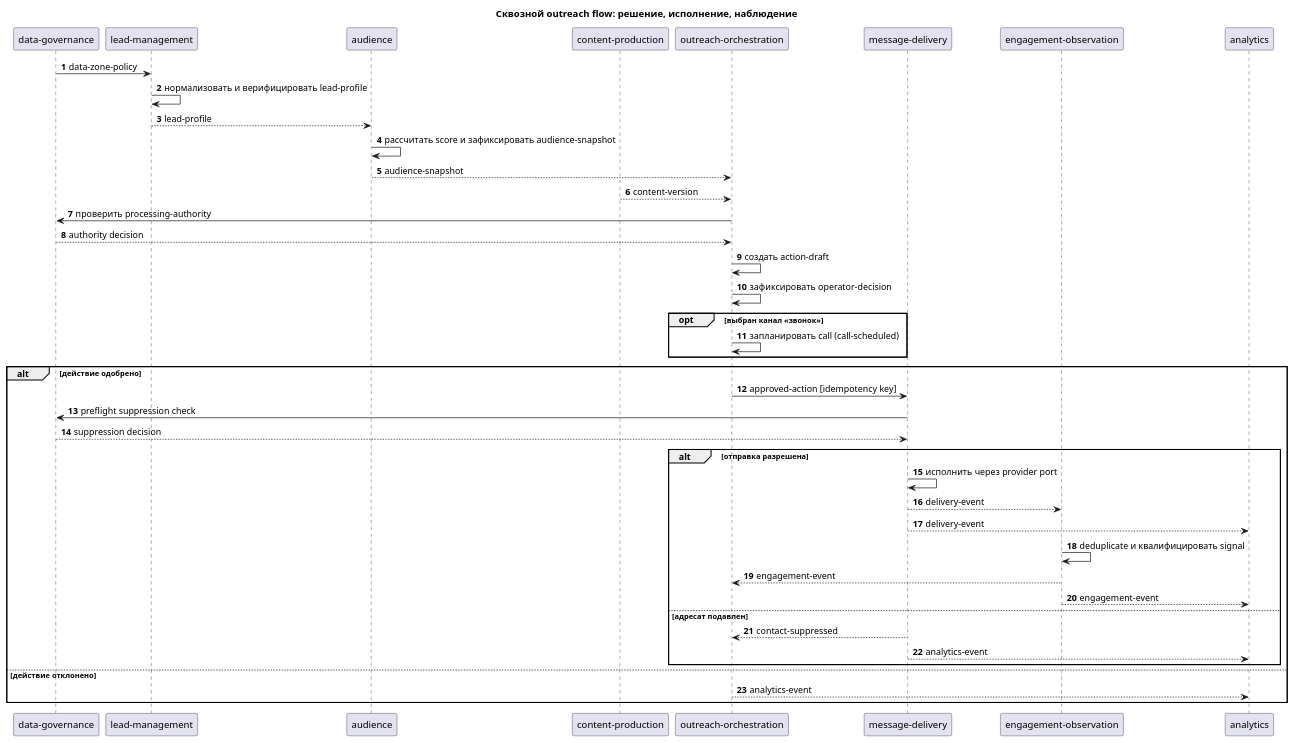
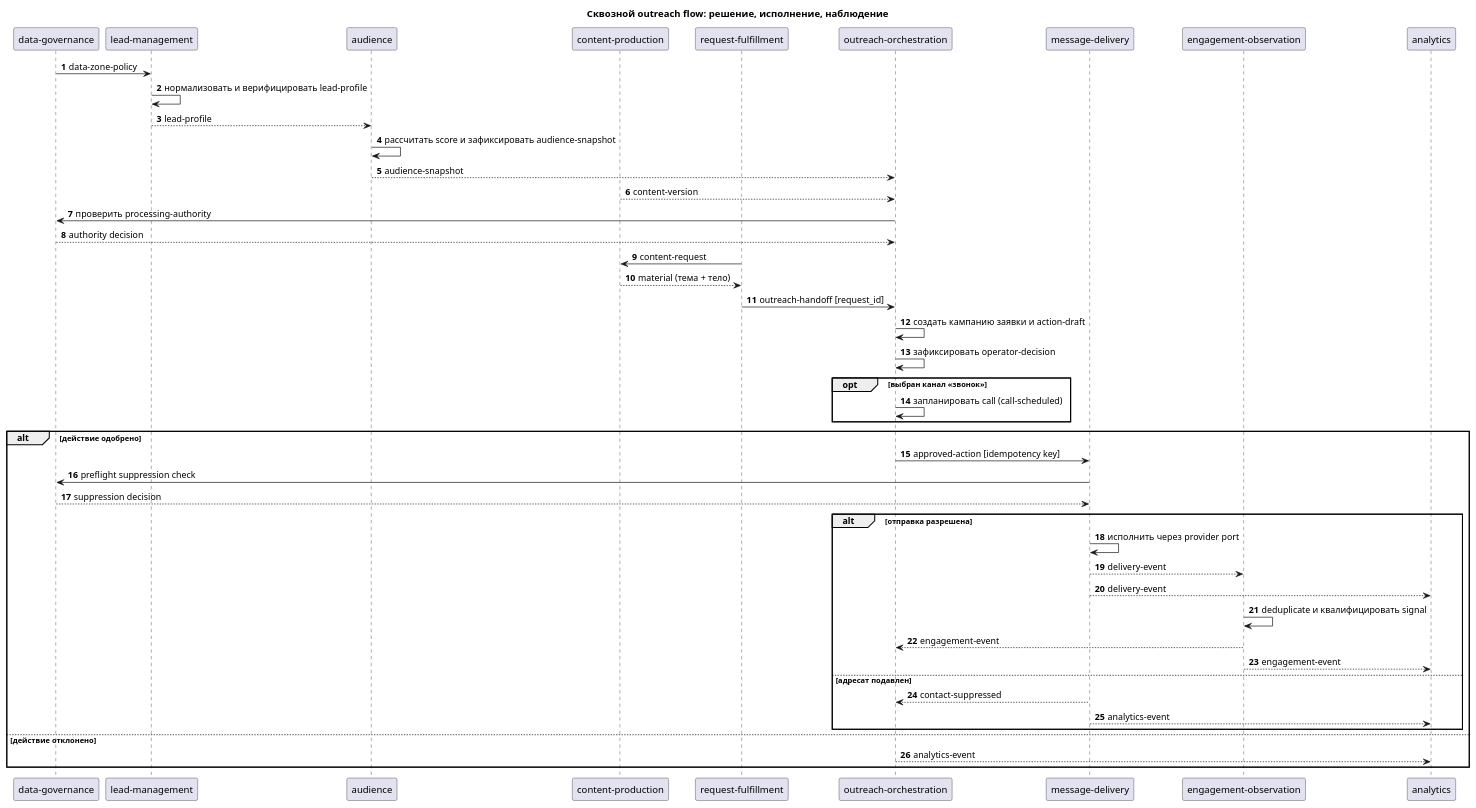
Before and after one commit to kegazani/lead-gen: the diagram in architecture/diagrams/outreach-flow.puml, drawn with PlantUML. The commit also changed 1381 other files, not shown here.

```diff
--- a/architecture/diagrams/outreach-flow.puml
+++ b/architecture/diagrams/outreach-flow.puml
@@ -1,55 +1,59 @@
 @startuml outreach-flow
 title Сквозной outreach flow: решение, исполнение, наблюдение
 autonumber
 skinparam shadowing false
 
 participant "data-governance" as Governance
 participant "lead-management" as Leads
 participant "audience" as Audience
 participant "content-production" as Content
+participant "request-fulfillment" as Requests
 participant "outreach-orchestration" as Outreach
 participant "message-delivery" as Delivery
 participant "engagement-observation" as Engagement
 participant "analytics" as Analytics
 
 Governance -> Leads : data-zone-policy
 Leads -> Leads : нормализовать и верифицировать lead-profile
 Leads --> Audience : lead-profile
 Audience -> Audience : рассчитать score и зафиксировать audience-snapshot
 Audience --> Outreach : audience-snapshot
 Content --> Outreach : content-version
 Outreach -> Governance : проверить processing-authority
 Governance --> Outreach : authority decision
-Outreach -> Outreach : создать action-draft
+Requests -> Content : content-request
+Content --> Requests : material (тема + тело)
+Requests -> Outreach : outreach-handoff [request_id]
+Outreach -> Outreach : создать кампанию заявки и action-draft
 Outreach -> Outreach : зафиксировать operator-decision
 opt выбран канал «звонок»
   Outreach -> Outreach : запланировать call (call-scheduled)
 end
 alt действие одобрено
   Outreach -> Delivery : approved-action [idempotency key]
   Delivery -> Governance : preflight suppression check
   Governance --> Delivery : suppression decision
   alt отправка разрешена
     Delivery -> Delivery : исполнить через provider port
     Delivery --> Engagement : delivery-event
     Delivery --> Analytics : delivery-event
     Engagement -> Engagement : deduplicate и квалифицировать signal
     Engagement --> Outreach : engagement-event
     Engagement --> Analytics : engagement-event
   else адресат подавлен
     Delivery --> Outreach : contact-suppressed
     Delivery --> Analytics : analytics-event
   end
 else действие отклонено
   Outreach --> Analytics : analytics-event
 end
-
 ' CTX:data-governance
 ' CTX:lead-management
 ' CTX:audience
 ' CTX:content-production
+' CTX:request-fulfillment
 ' CTX:outreach-orchestration
 ' CTX:message-delivery
 ' CTX:engagement-observation
 ' CTX:analytics
 @enduml
```
